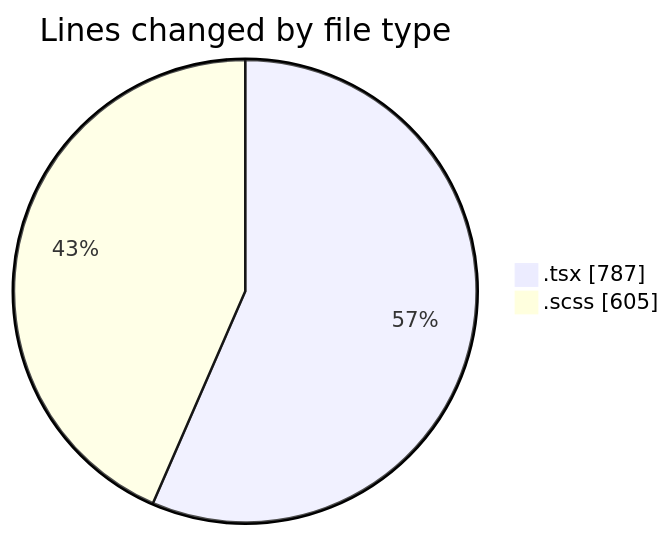
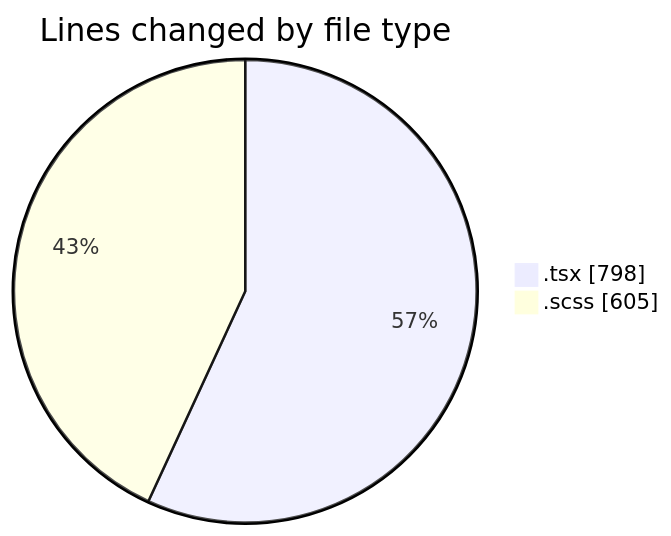
The first of 2 diagrams in 2025-03-27/cda/README.md (momahboobian/code-tracking), drawn with Mermaid before and after one commit. The commit also changed other lines of this file and 1 other file, not shown here.

````diff
--- a/2025-03-27/cda/README.md
+++ b/2025-03-27/cda/README.md
@@ -22,6 +22,6 @@
 ```mermaid
 pie showData
 title Lines changed by file type
-".tsx" : 787
+".tsx" : 798
 ".scss" : 605
 ```
````
